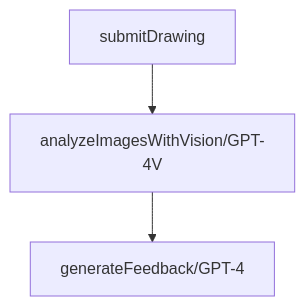
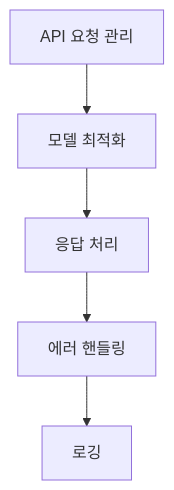
The fourth of 4 diagrams in README.md (Team-BBanana/grimMadang-nest-ai), drawn with Mermaid before and after one commit. The commit also changed other lines of this file, not shown here.

````diff
--- a/README.md
+++ b/README.md
@@ -290,5 +329,7 @@
 ```mermaid
-graph TD
-    A[submitDrawing] --> B[analyzeImagesWithVision/GPT-4V]
-    B --> C[generateFeedback/GPT-4]
+flowchart TB
+    A[API 요청 관리] --> B[모델 최적화]
+    B --> C[응답 처리]
+    C --> D[에러 핸들링]
+    D --> E[로깅]
 ```
````
